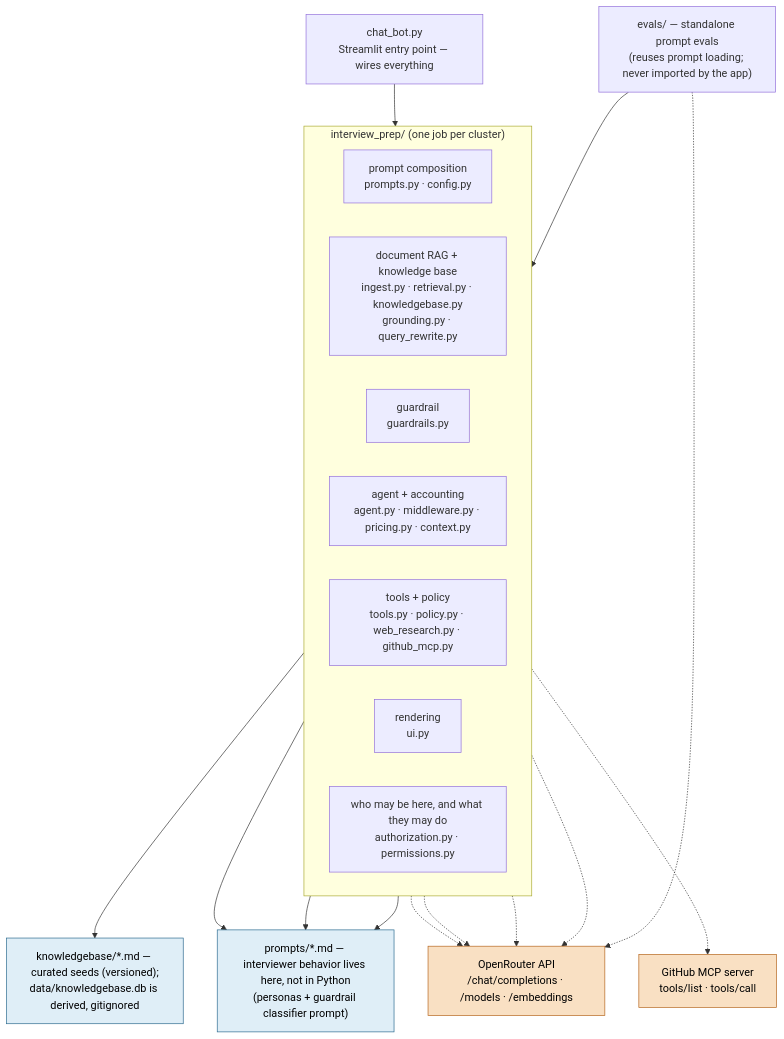
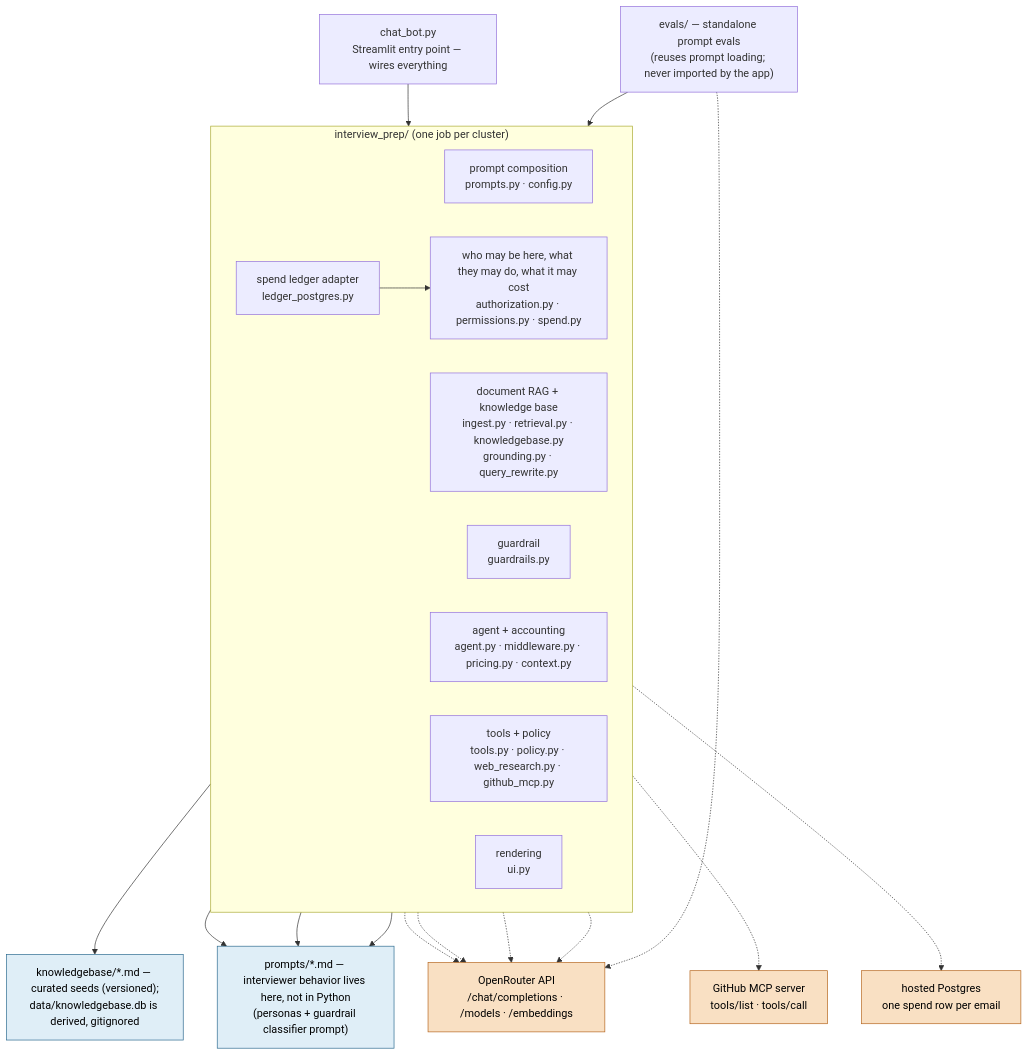
One commit to DukeOfErl/interv_preper changed the seventh of 7 diagrams in docs/diagrams/architecture.md. Above: the diagram before and after it, drawn with Mermaid. The commit also changed other lines of this file and 33 other files, not shown here.

````diff
--- a/docs/diagrams/architecture.md
+++ b/docs/diagrams/architecture.md
@@ -255,41 +270,46 @@
 ```mermaid
 flowchart TB
     entry["chat_bot.py<br/>Streamlit entry point — wires everything"]
 
     subgraph pkg["interview_prep/ (one job per cluster)"]
         direction LR
         promptsC["prompt composition<br/>prompts.py · config.py"]
         rag["document RAG + knowledge base<br/>ingest.py · retrieval.py · knowledgebase.py<br/>grounding.py · query_rewrite.py"]
         safety["guardrail<br/>guardrails.py"]
         llmC["agent + accounting<br/>agent.py · middleware.py · pricing.py · context.py"]
         toolsC["tools + policy<br/>tools.py · policy.py · web_research.py · github_mcp.py"]
         uiC["rendering<br/>ui.py"]
-        access["who may be here, and what they may do<br/>authorization.py · permissions.py"]
+        access["who may be here, what they may do, what it may cost<br/>authorization.py · permissions.py · spend.py"]
+        ledger["spend ledger adapter<br/>ledger_postgres.py"]
     end
 
     mdfiles["prompts/*.md — interviewer behavior lives here, not in Python<br/>(personas + guardrail classifier prompt)"]
     kbfiles["knowledgebase/*.md — curated seeds (versioned);<br/>data/knowledgebase.db is derived, gitignored"]
     orouter["OpenRouter API<br/>/chat/completions · /models · /embeddings"]
+    pg["hosted Postgres<br/>one spend row per email"]
     ghmcp["GitHub MCP server<br/>tools/list · tools/call"]
     evals["evals/ — standalone prompt evals<br/>(reuses prompt loading; never imported by the app)"]
 
     entry --> pkg
     promptsC --> mdfiles
     rag --> kbfiles
     safety --> mdfiles
     toolsC --> mdfiles
     rag -.-> orouter
     safety -.-> orouter
     llmC -.-> orouter
     toolsC -.-> orouter
     toolsC -.-> ghmcp
+    ledger --> access
+    ledger -.-> pg
     evals --> promptsC
     evals -.-> orouter
 
     classDef ext fill:#f9e0c3,stroke:#b5651d,color:#000
     classDef mdfile fill:#dfeef7,stroke:#2b6a8f,color:#000
     class orouter ext
     class ghmcp ext
+    class pg ext
     class mdfiles mdfile
     class kbfiles mdfile
 ```
````
